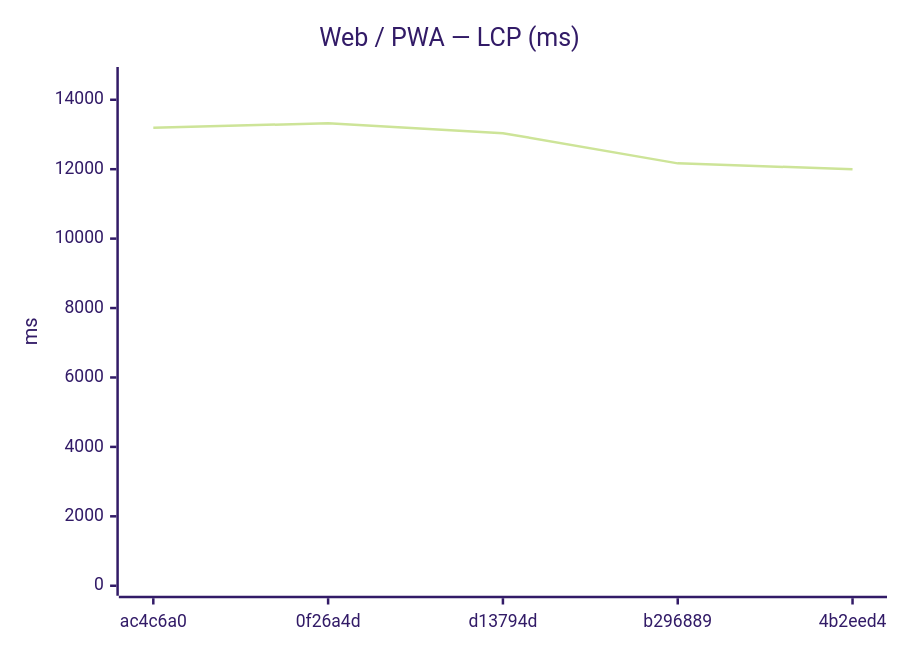
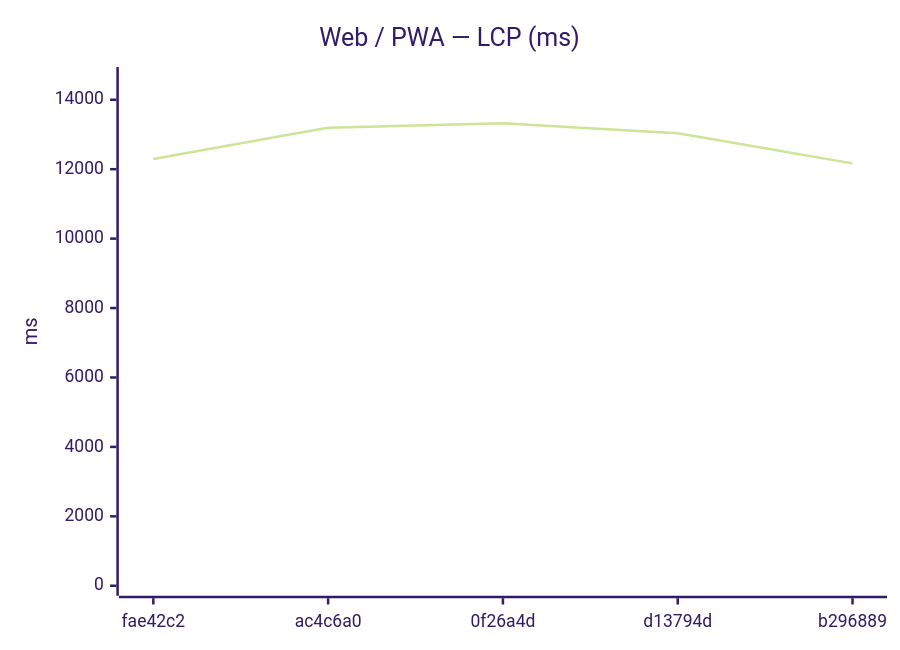
Before and after one commit to Metaheurist/Rianell: the seventh of 18 diagrams in benchmarks/compare.md, drawn with Mermaid (forest theme). The commit also changed other lines of this file and 11 other files, not shown here.

````diff
--- a/benchmarks/compare.md
+++ b/benchmarks/compare.md
@@ -117,7 +117,7 @@
 ```mermaid
 xychart-beta
     title "Web / PWA — LCP (ms)"
-    x-axis ["ac4c6a0", "0f26a4d", "d13794d", "b296889", "4b2eed4"]
+    x-axis ["fae42c2", "ac4c6a0", "0f26a4d", "d13794d", "b296889"]
     y-axis "ms" 0 --> 14656
-    line [13197, 13323, 13038, 12168, 11999]
+    line [12295, 13197, 13323, 13038, 12168]
 ```
````
